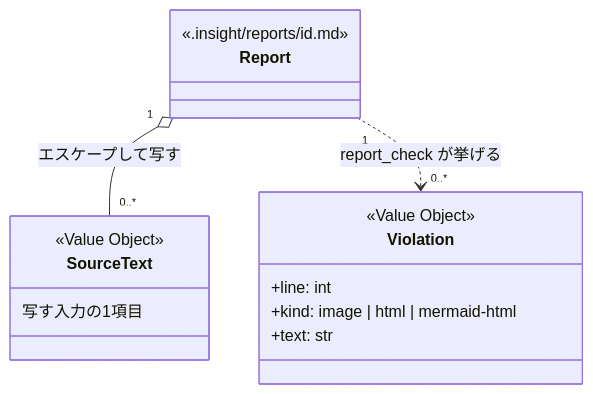
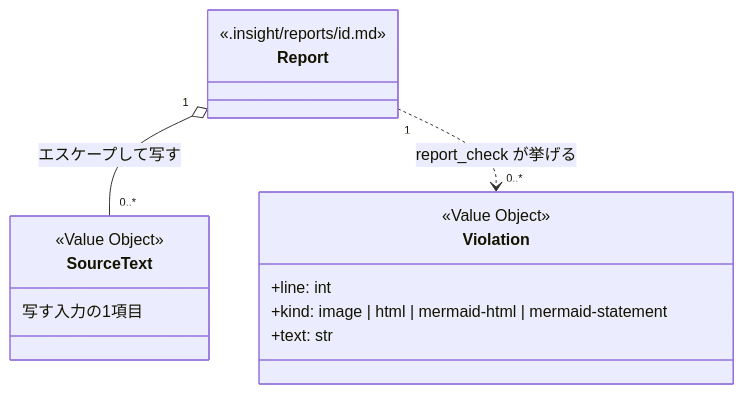
One commit to etoyama/insight-blueprint-skills changed the second of 3 diagrams in docs/design/epic-13-report-source-text.md. Above: the diagram before and after it, drawn with Mermaid. The commit also changed other lines of this file and 3 other files, not shown here.

````diff
--- a/docs/design/epic-13-report-source-text.md
+++ b/docs/design/epic-13-report-source-text.md
@@ -133,18 +133,18 @@
 ```mermaid
 classDiagram
     class Report {
         <<.insight/reports/id.md>>
     }
     class SourceText {
         <<Value Object>>
         写す入力の1項目
     }
     class Violation {
         <<Value Object>>
         +line: int
-        +kind: image | html | mermaid-html
+        +kind: image | html | mermaid-html | mermaid-statement
         +text: str
     }
     Report "1" o-- "0..*" SourceText : エスケープして写す
     Report "1" ..> "0..*" Violation : report_check が挙げる
 ```
````
